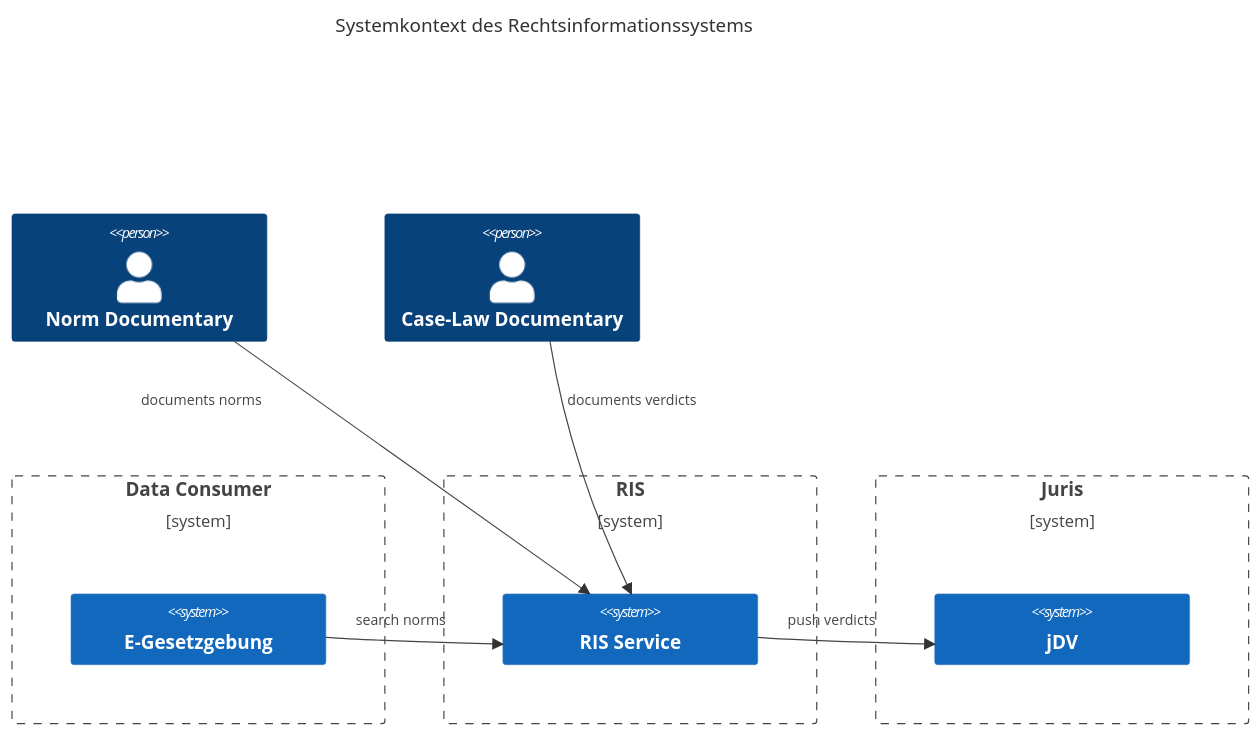
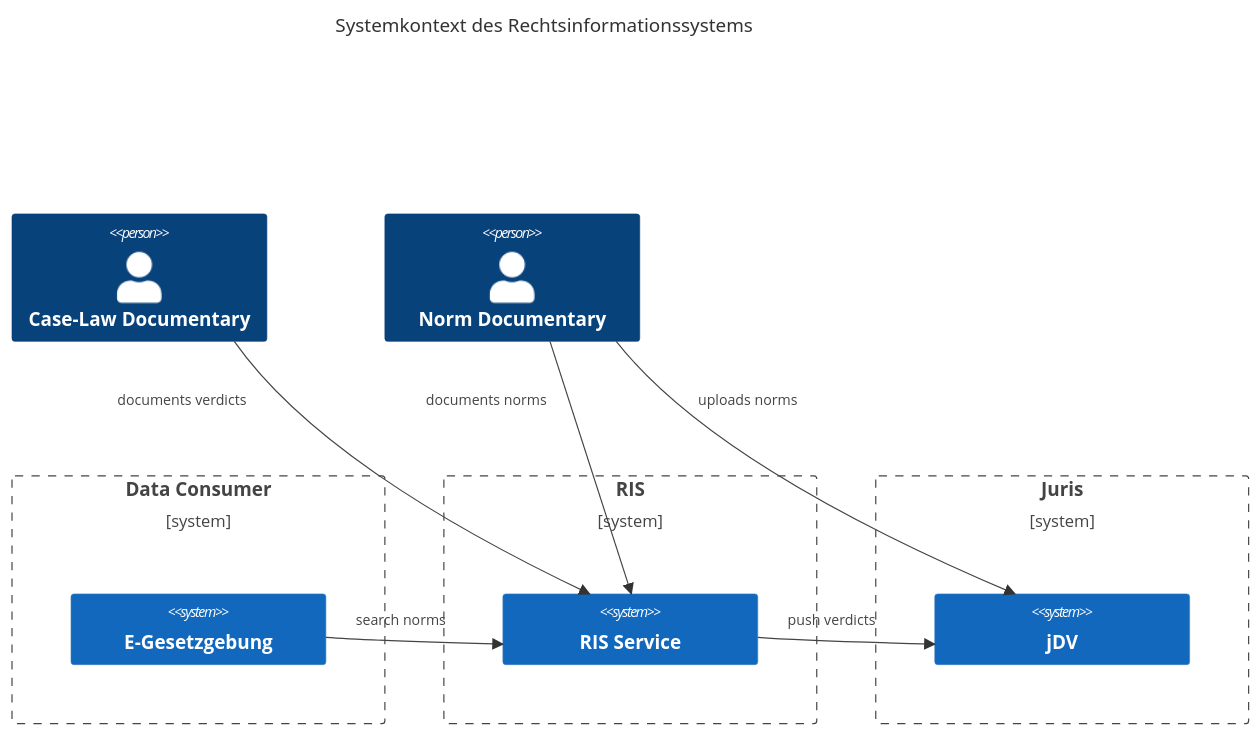
The diagram in doc/c4 models/system context.md (digitalservicebund/ris-backend-service), drawn with Mermaid before and after one commit.

Commit message:
Doc(C4): add upload of norms to jDV relation
RISDEV-0000

````diff
--- a/doc/c4 models/system context.md
+++ b/doc/c4 models/system context.md
@@ -3,34 +3,35 @@
 ```mermaid
 C4Context
     title Systemkontext des Rechtsinformationssystems
 
+    Person(person_caselaw_documentary, "Case-Law Documentary")
     Person(person_norms_documentary, "Norm Documentary")
-    Person(person_caselaw_documentary, "Case-Law Documentary")
-
 
 
     Boundary(boundary_data_consumer, "Data Consumer") {
         System(system_e_gesetzgebung, "E-Gesetzgebung")
     }
 
     Boundary(boundary_ris, "RIS") {
         System(system_ris_service, "RIS Service")
     }
 
     Boundary(boundary_juris, "Juris") {
         System(system_jdv, "jDV")
     }
 
 
     Rel(person_norms_documentary, system_ris_service, "documents norms")
+    Rel(person_norms_documentary, system_jdv, "uploads norms")
     Rel(person_caselaw_documentary, system_ris_service, "documents verdicts")
     Rel(system_ris_service, system_jdv, "push verdicts")
     Rel(system_e_gesetzgebung, system_ris_service, "search norms")
 
-    UpdateRelStyle(person_norms_documentary, system_ris_service, $offsetY="-60", $offsetX="-230")
-    UpdateRelStyle(person_caselaw_documentary, system_ris_service, $offsetY="-60", $offsetX="-20")
+    UpdateRelStyle(person_caselaw_documentary, system_ris_service, $offsetY="-60", $offsetX="-250")
+    UpdateRelStyle(person_norms_documentary, system_ris_service, $offsetY="-60", $offsetX="-140")
+    UpdateRelStyle(person_norms_documentary, system_jdv, $offsetY="-60", $offsetX="-100")
     UpdateRelStyle(system_ris_service, system_jdv, $offsetY="-20", $offsetX="-50")
     UpdateRelStyle(system_e_gesetzgebung, system_ris_service, $offsetY="-20", $offsetX="-50")
 
     UpdateLayoutConfig($c4ShapeInRow="3", $c4BoundaryInRow="3")
 ```
````
